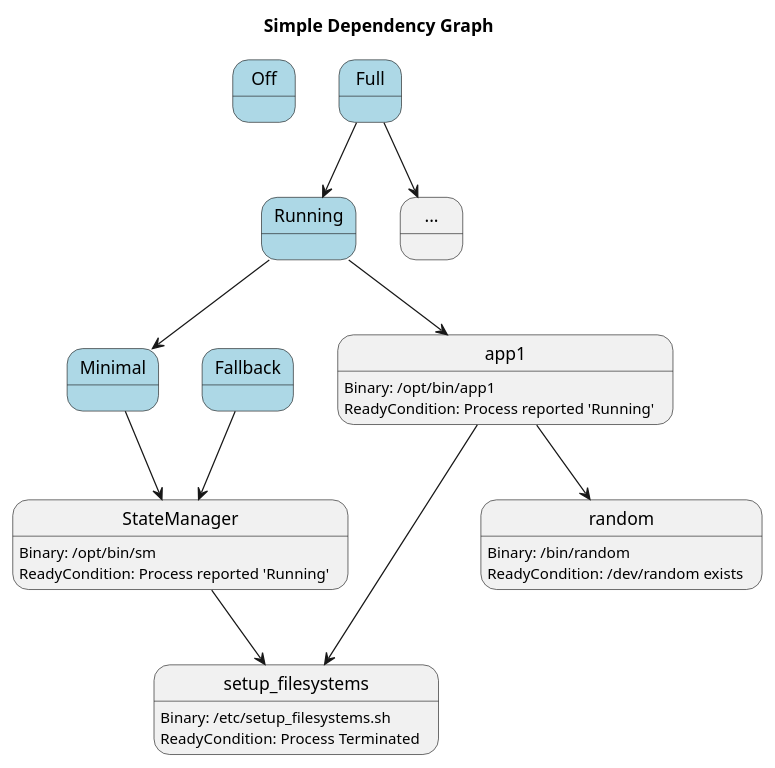
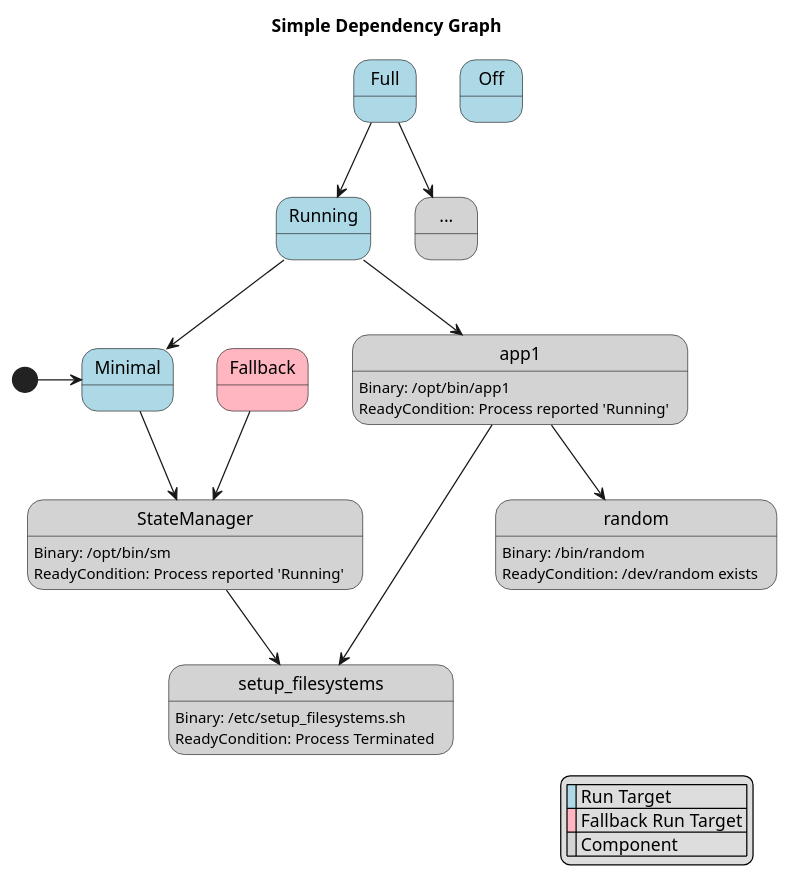
The diagram in docs/features/lifecycle/architecture/_assets/launch_manager_small_example_graph.puml (eclipse-score/lifecycle), drawn with PlantUML before and after one commit. The commit also changed 5 other files, not shown here.

Commit message:
Diagram fixes

```diff
--- a/docs/features/lifecycle/architecture/_assets/launch_manager_small_example_graph.puml
+++ b/docs/features/lifecycle/architecture/_assets/launch_manager_small_example_graph.puml
@@ -14,26 +14,33 @@
 @startuml
   title Simple Dependency Graph
 
   state Off #lightblue
   state Minimal #lightblue
-  state Fallback #lightblue
+  state Fallback #LightPink
   state Running #lightblue
   state Full #lightblue
 
-  state app1: Binary: /opt/bin/app1\nReadyCondition: Process reported 'Running'
-  state "..." as more
-  state StateManager: Binary: /opt/bin/sm\nReadyCondition: Process reported 'Running'
+  state app1 #lightgray: Binary: /opt/bin/app1\nReadyCondition: Process reported 'Running'
+  state "..." as more #lightgray
+  state StateManager #lightgray: Binary: /opt/bin/sm\nReadyCondition: Process reported 'Running'
 
-  state setup_filesystems: Binary: /etc/setup_filesystems.sh\nReadyCondition: Process Terminated
-  state random: Binary: /bin/random\nReadyCondition: /dev/random exists
-
+  state setup_filesystems #lightgray: Binary: /etc/setup_filesystems.sh\nReadyCondition: Process Terminated
+  state random #lightgray: Binary: /bin/random\nReadyCondition: /dev/random exists
+  
+  [*] -r-> Minimal
   Full -d-> more
   Full -d-> Running
   Running --> app1
   Running --> Minimal
   Minimal --> StateManager
   Fallback --> StateManager
   app1 --> setup_filesystems
   app1 --> random
   StateManager --> setup_filesystems
+
+legend right
+  |<#lightblue>  | Run Target |
+  |<#LightPink>  | Fallback Run Target |
+  |<#lightgray>  | Component |
+endlegend
 @enduml
```
